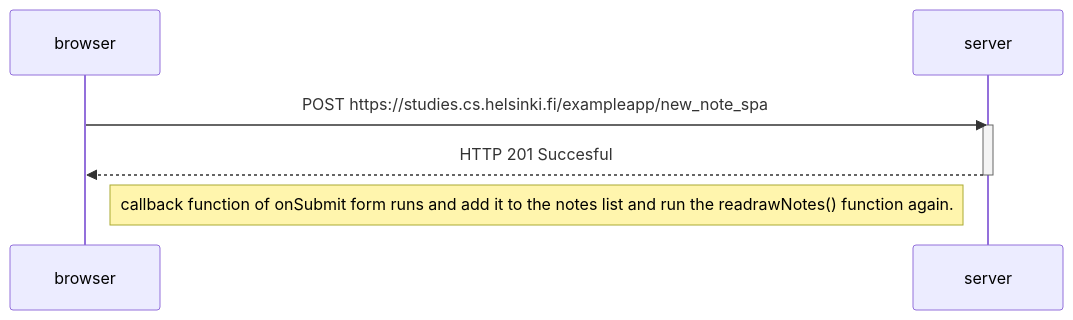
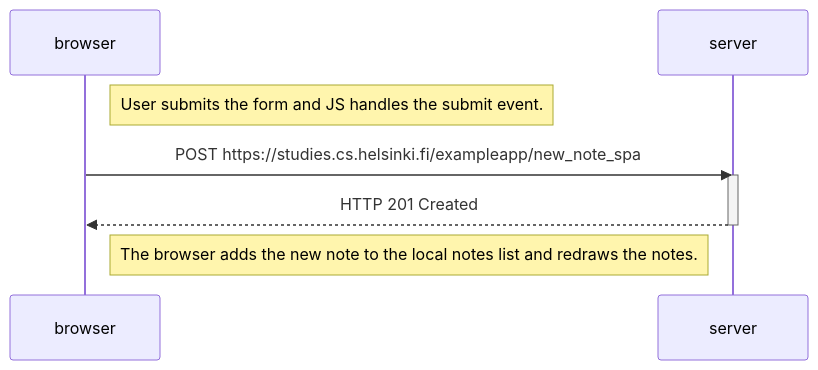
Before and after one commit to shubham22490/Full-Stack-Open-Exercises: the diagram in part0/New note in Single page app diagram.md, drawn with Mermaid.

Commit message:
Fixed the new note in SPA diagram

````diff
--- a/part0/New note in Single page app diagram.md
+++ b/part0/New note in Single page app diagram.md
@@ -1,14 +1,15 @@
 ```mermaid
 sequenceDiagram
     participant browser
     participant server
 
+    Note right of browser: User submits the form and JS handles the submit event.
+
     browser ->> server: POST https://studies.cs.helsinki.fi/exampleapp/new_note_spa
     activate server
-    server -->> browser: HTTP 201 Succesful
+    server -->> browser: HTTP 201 Created
     deactivate server
 
-    Note right of browser: callback function of onSubmit form runs and add it to the notes list and run the readrawNotes() function again.
-
+    Note right of browser: The browser adds the new note to the local notes list and redraws the notes.
 
 ```
````
